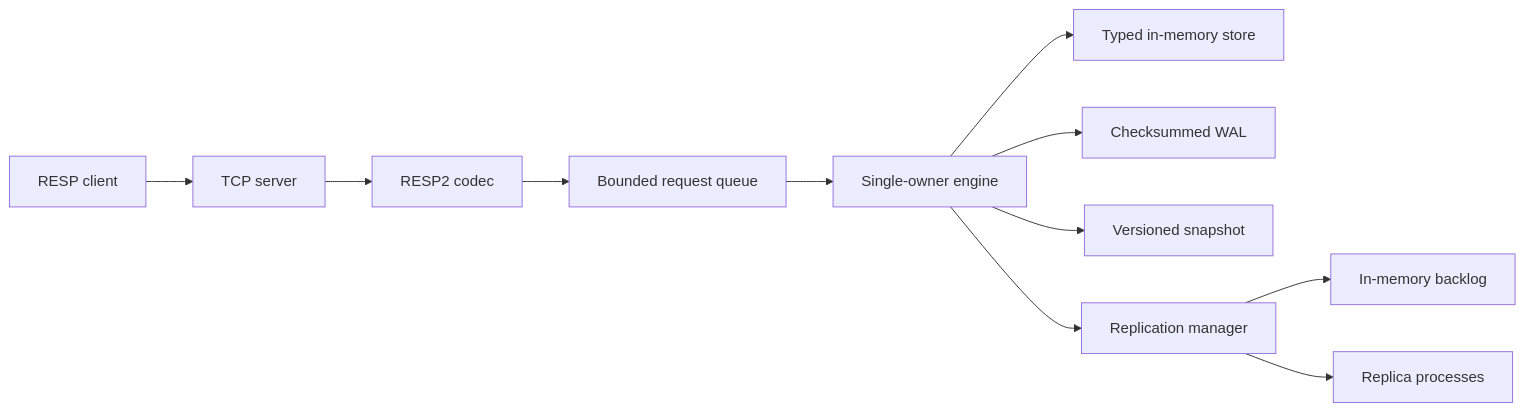
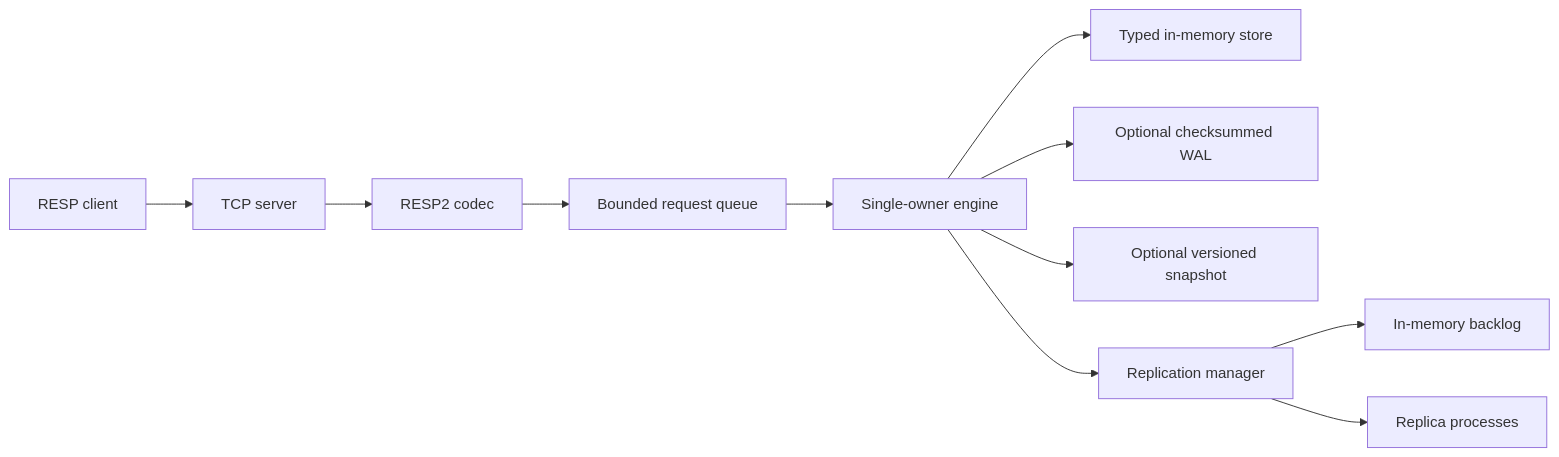
Before and after one commit to nolannguyen1212/memkv: the first of 4 diagrams in README.md, drawn with Mermaid. The commit also changed other lines of this file, not shown here.

Commit message:
docs: refine architecture and benchmark guidance

````diff
--- a/README.md
+++ b/README.md
@@ -9,14 +9,14 @@
 ```mermaid
 flowchart LR
     Client[RESP client] --> TCP[TCP server]
     TCP --> RESP[RESP2 codec]
     RESP --> Queue[Bounded request queue]
     Queue --> Engine[Single-owner engine]
 
     Engine --> Store[Typed in-memory store]
-    Engine --> WAL[Checksummed WAL]
-    Engine --> Snapshot[Versioned snapshot]
+    Engine --> WAL[Optional checksummed WAL]
+    Engine --> Snapshot[Optional versioned snapshot]
     Engine --> Replication[Replication manager]
     Replication --> Backlog[In-memory backlog]
     Replication --> Replicas[Replica processes]
 ```
````
